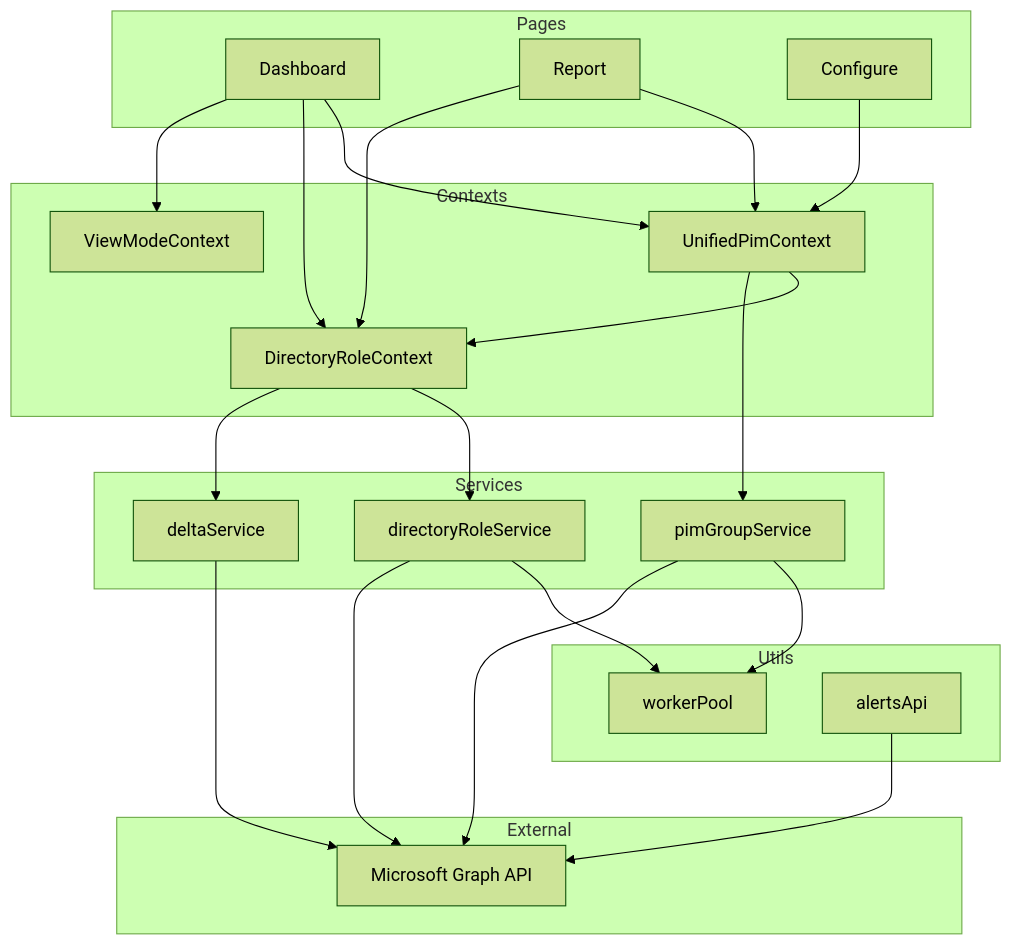
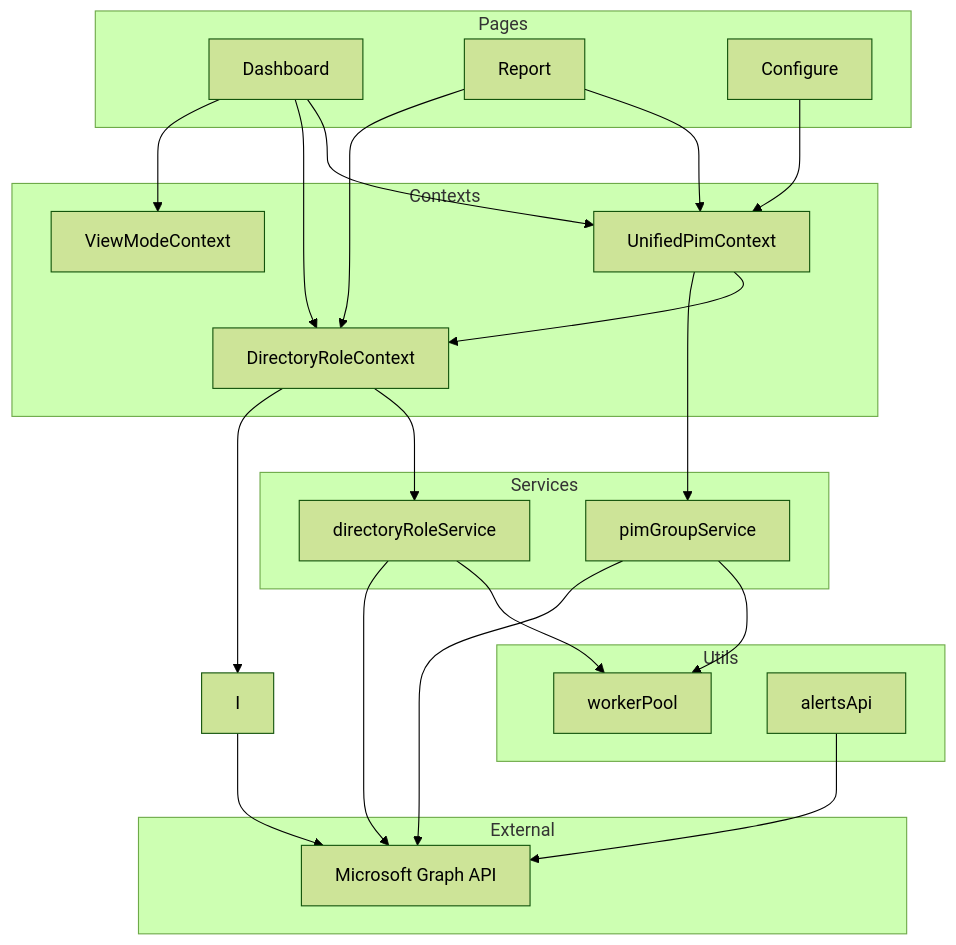
One commit to 0125joel/PIM-Manager changed the diagram in docs/en/02-folder-structure.md. Above: the diagram before and after it, drawn with Mermaid (forest theme). The commit also changed other lines of this file and 641 other files, not shown here.

````diff
--- a/docs/en/02-folder-structure.md
+++ b/docs/en/02-folder-structure.md
@@ -223,46 +205,45 @@
 ```mermaid
 flowchart TD
     subgraph "Pages"
         A[Dashboard]
         B[Report]
         C[Configure]
     end
 
     subgraph "Contexts"
         D[UnifiedPimContext]
         E[DirectoryRoleContext]
         F[ViewModeContext]
     end
 
     subgraph "Services"
         G[directoryRoleService]
         H[pimGroupService]
-        I[deltaService]
     end
 
     subgraph "Utils"
         J[workerPool]
         K[alertsApi]
     end
 
     subgraph "External"
         L[Microsoft Graph API]
     end
 
     A --> D
     A --> E
     A --> F
     B --> D
     B --> E
     C --> D
     D --> E
     D --> H
     E --> G
     E --> I
     G --> J
     G --> L
     H --> J
     H --> L
     I --> L
     K --> L
 ```
````
